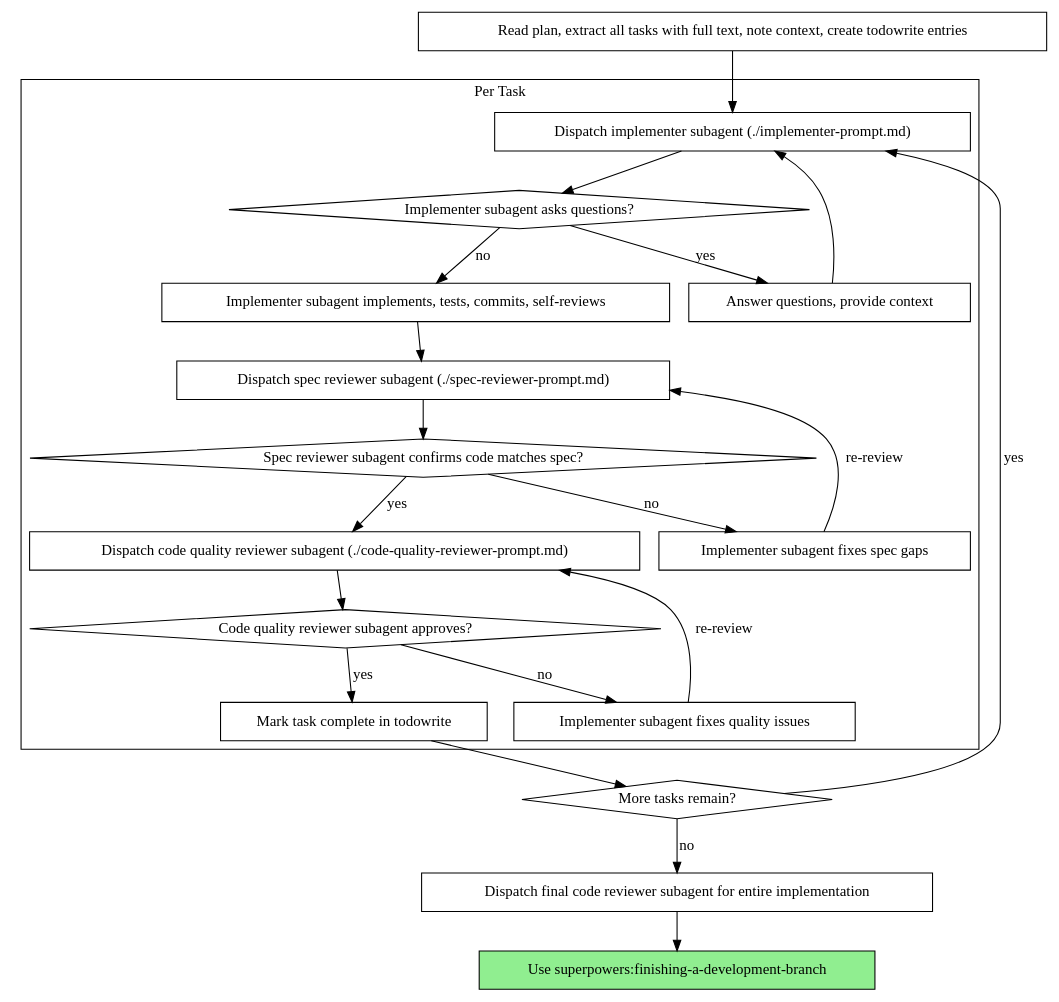
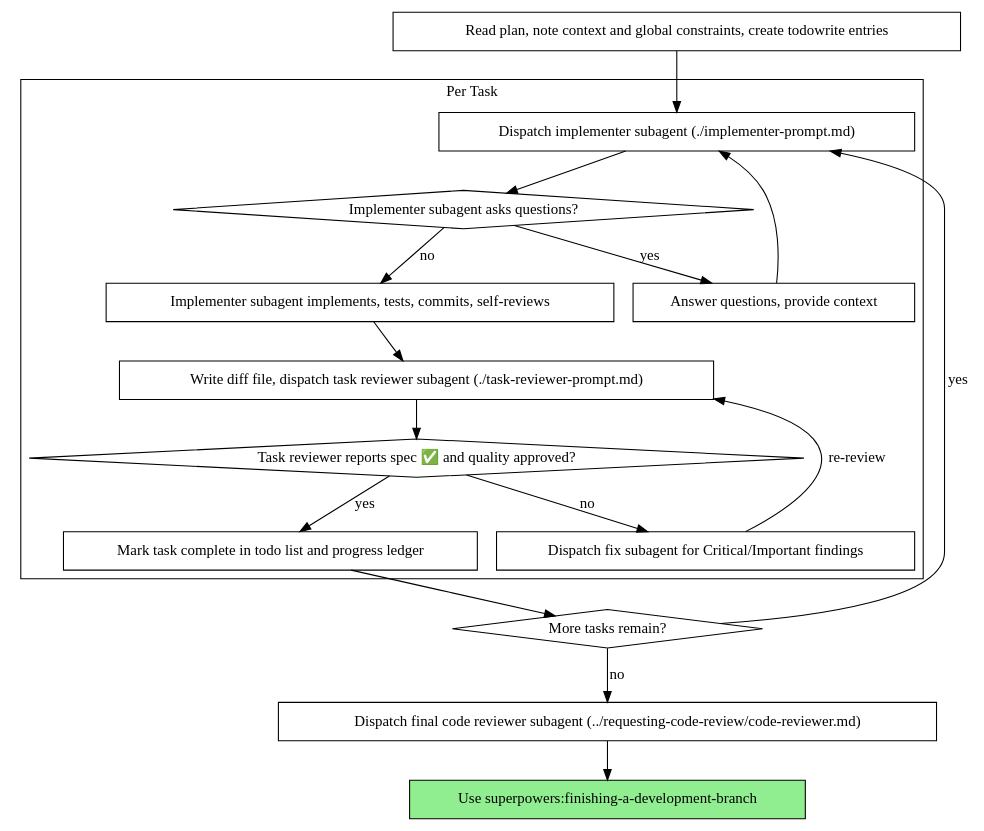
The second of 2 diagrams in skills/subagent-driven-development/SKILL.md (Suknna/superpowers-opencode), drawn with Graphviz before and after one commit. The commit also changed other lines of this file and 6 other files, not shown here.

Commit message:
sync(sdd): adopt v6.0.0 single-reviewer rewrite, adapt to OpenCode + GDD

````diff
--- a/skills/subagent-driven-development/SKILL.md
+++ b/skills/subagent-driven-development/SKILL.md
@@ -44,44 +47,37 @@
 ```dot
 digraph process {
     rankdir=TB;
 
     subgraph cluster_per_task {
         label="Per Task";
         "Dispatch implementer subagent (./implementer-prompt.md)" [shape=box];
         "Implementer subagent asks questions?" [shape=diamond];
         "Answer questions, provide context" [shape=box];
         "Implementer subagent implements, tests, commits, self-reviews" [shape=box];
-        "Dispatch spec reviewer subagent (./spec-reviewer-prompt.md)" [shape=box];
-        "Spec reviewer subagent confirms code matches spec?" [shape=diamond];
-        "Implementer subagent fixes spec gaps" [shape=box];
-        "Dispatch code quality reviewer subagent (./code-quality-reviewer-prompt.md)" [shape=box];
-        "Code quality reviewer subagent approves?" [shape=diamond];
-        "Implementer subagent fixes quality issues" [shape=box];
-        "Mark task complete in todowrite" [shape=box];
+        "Write diff file, dispatch task reviewer subagent (./task-reviewer-prompt.md)" [shape=box];
+        "Task reviewer reports spec ✅ and quality approved?" [shape=diamond];
+        "Dispatch fix subagent for Critical/Important findings" [shape=box];
+        "Mark task complete in todo list and progress ledger" [shape=box];
     }
 
-    "Read plan, extract all tasks with full text, note context, create todowrite entries" [shape=box];
+    "Read plan, note context and global constraints, create todowrite entries" [shape=box];
     "More tasks remain?" [shape=diamond];
-    "Dispatch final code reviewer subagent for entire implementation" [shape=box];
+    "Dispatch final code reviewer subagent (../requesting-code-review/code-reviewer.md)" [shape=box];
     "Use superpowers:finishing-a-development-branch" [shape=box style=filled fillcolor=lightgreen];
 
-    "Read plan, extract all tasks with full text, note context, create todowrite entries" -> "Dispatch implementer subagent (./implementer-prompt.md)";
+    "Read plan, note context and global constraints, create todowrite entries" -> "Dispatch implementer subagent (./implementer-prompt.md)";
     "Dispatch implementer subagent (./implementer-prompt.md)" -> "Implementer subagent asks questions?";
     "Implementer subagent asks questions?" -> "Answer questions, provide context" [label="yes"];
     "Answer questions, provide context" -> "Dispatch implementer subagent (./implementer-prompt.md)";
     "Implementer subagent asks questions?" -> "Implementer subagent implements, tests, commits, self-reviews" [label="no"];
-    "Implementer subagent implements, tests, commits, self-reviews" -> "Dispatch spec reviewer subagent (./spec-reviewer-prompt.md)";
-    "Dispatch spec reviewer subagent (./spec-reviewer-prompt.md)" -> "Spec reviewer subagent confirms code matches spec?";
-    "Spec reviewer subagent confirms code matches spec?" -> "Implementer subagent fixes spec gaps" [label="no"];
-    "Implementer subagent fixes spec gaps" -> "Dispatch spec reviewer subagent (./spec-reviewer-prompt.md)" [label="re-review"];
-    "Spec reviewer subagent confirms code matches spec?" -> "Dispatch code quality reviewer subagent (./code-quality-reviewer-prompt.md)" [label="yes"];
-    "Dispatch code quality reviewer subagent (./code-quality-reviewer-prompt.md)" -> "Code quality reviewer subagent approves?";
-    "Code quality reviewer subagent approves?" -> "Implementer subagent fixes quality issues" [label="no"];
-    "Implementer subagent fixes quality issues" -> "Dispatch code quality reviewer subagent (./code-quality-reviewer-prompt.md)" [label="re-review"];
-    "Code quality reviewer subagent approves?" -> "Mark task complete in todowrite" [label="yes"];
-    "Mark task complete in todowrite" -> "More tasks remain?";
+    "Implementer subagent implements, tests, commits, self-reviews" -> "Write diff file, dispatch task reviewer subagent (./task-reviewer-prompt.md)";
+    "Write diff file, dispatch task reviewer subagent (./task-reviewer-prompt.md)" -> "Task reviewer reports spec ✅ and quality approved?";
+    "Task reviewer reports spec ✅ and quality approved?" -> "Dispatch fix subagent for Critical/Important findings" [label="no"];
+    "Dispatch fix subagent for Critical/Important findings" -> "Write diff file, dispatch task reviewer subagent (./task-reviewer-prompt.md)" [label="re-review"];
+    "Task reviewer reports spec ✅ and quality approved?" -> "Mark task complete in todo list and progress ledger" [label="yes"];
+    "Mark task complete in todo list and progress ledger" -> "More tasks remain?";
     "More tasks remain?" -> "Dispatch implementer subagent (./implementer-prompt.md)" [label="yes"];
-    "More tasks remain?" -> "Dispatch final code reviewer subagent for entire implementation" [label="no"];
-    "Dispatch final code reviewer subagent for entire implementation" -> "Use superpowers:finishing-a-development-branch";
+    "More tasks remain?" -> "Dispatch final code reviewer subagent (../requesting-code-review/code-reviewer.md)" [label="no"];
+    "Dispatch final code reviewer subagent (../requesting-code-review/code-reviewer.md)" -> "Use superpowers:finishing-a-development-branch";
 }
 ```
````
